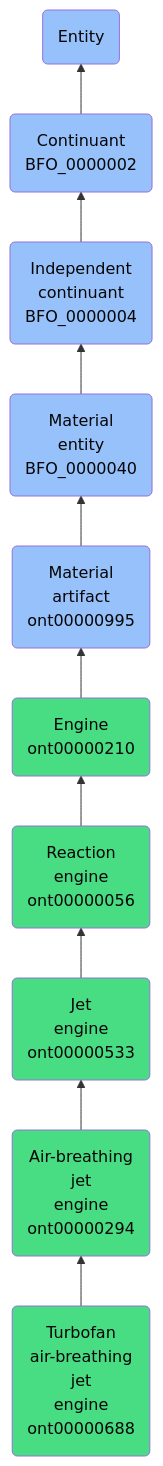
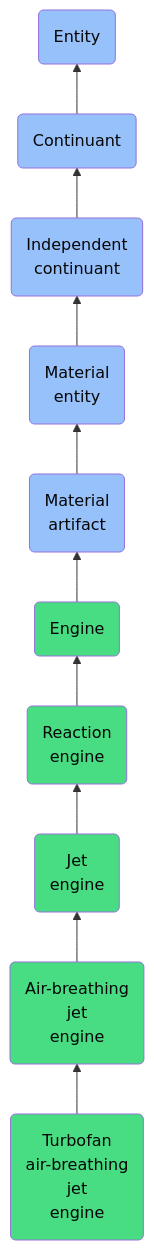
Before and after one commit to jupyter-naas/abi: the diagram in docs/ontology/reference/model/Entity/Continuant/Independent continuant/Material entity/Material artifact/Engine/Reaction engine/Jet engine/Air-breathing jet engine/Turbofan air-breathing jet engine/Turbofan air-breathing jet engine.md, drawn with Mermaid. The commit also changed other lines of this file and 1430 other files, not shown here.

````diff
--- a/docs/ontology/reference/model/Entity/Continuant/Independent continuant/Material entity/Material artifact/Engine/Reaction engine/Jet engine/Air-breathing jet engine/Turbofan air-breathing jet engine/Turbofan air-breathing jet engine.md
+++ b/docs/ontology/reference/model/Entity/Continuant/Independent continuant/Material entity/Material artifact/Engine/Reaction engine/Jet engine/Air-breathing jet engine/Turbofan air-breathing jet engine/Turbofan air-breathing jet engine.md
@@ -24,17 +24,17 @@
 ```mermaid
 graph BT
-    ont00000688(Turbofan<br>air-breathing<br>jet<br>engine<br>ont00000688):::ABI-->ont00000294
-    ont00000294(Air-breathing<br>jet<br>engine<br>ont00000294):::ABI-->ont00000533
-    ont00000533(Jet<br>engine<br>ont00000533):::ABI-->ont00000056
-    ont00000056(Reaction<br>engine<br>ont00000056):::ABI-->ont00000210
-    ont00000210(Engine<br>ont00000210):::ABI-->ont00000995
-    ont00000995(Material<br>artifact<br>ont00000995):::BFO-->BFO_0000040
-    BFO_0000040(Material<br>entity<br>BFO_0000040):::BFO-->BFO_0000004
-    BFO_0000004(Independent<br>continuant<br>BFO_0000004):::BFO-->BFO_0000002
-    BFO_0000002(Continuant<br>BFO_0000002):::BFO-->BFO_0000001
+    ont00000688(Turbofan<br>air-breathing<br>jet<br>engine):::ABI-->ont00000294
+    ont00000294(Air-breathing<br>jet<br>engine):::ABI-->ont00000533
+    ont00000533(Jet<br>engine):::ABI-->ont00000056
+    ont00000056(Reaction<br>engine):::ABI-->ont00000210
+    ont00000210(Engine):::ABI-->ont00000995
+    ont00000995(Material<br>artifact):::BFO-->BFO_0000040
+    BFO_0000040(Material<br>entity):::BFO-->BFO_0000004
+    BFO_0000004(Independent<br>continuant):::BFO-->BFO_0000002
+    BFO_0000002(Continuant):::BFO-->BFO_0000001
     BFO_0000001(Entity):::BFO
     
     classDef BFO fill:#97c1fb,color:#060606
     classDef CCO fill:#e4c51e,color:#060606
     classDef ABI fill:#48DD82,color:#060606
 ```
````
